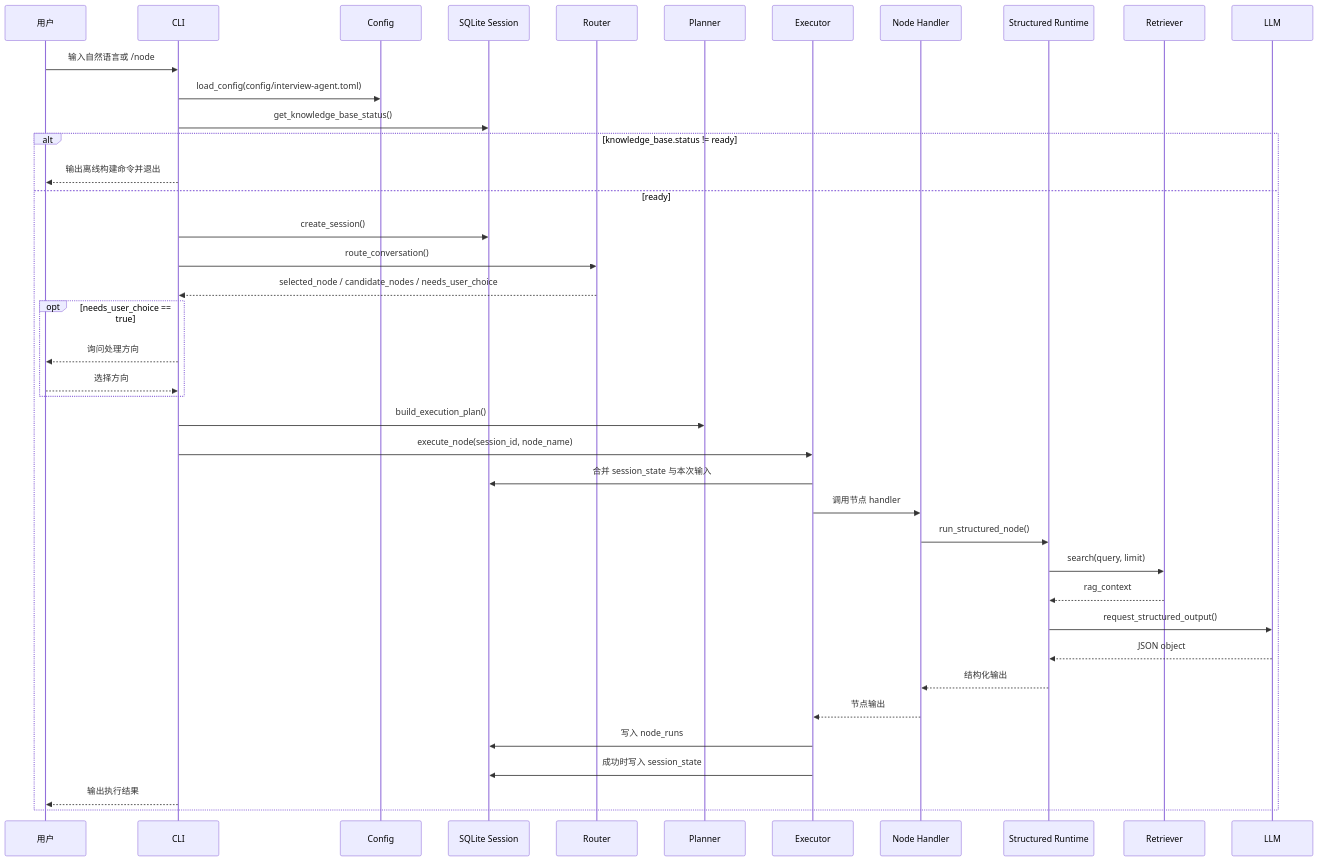
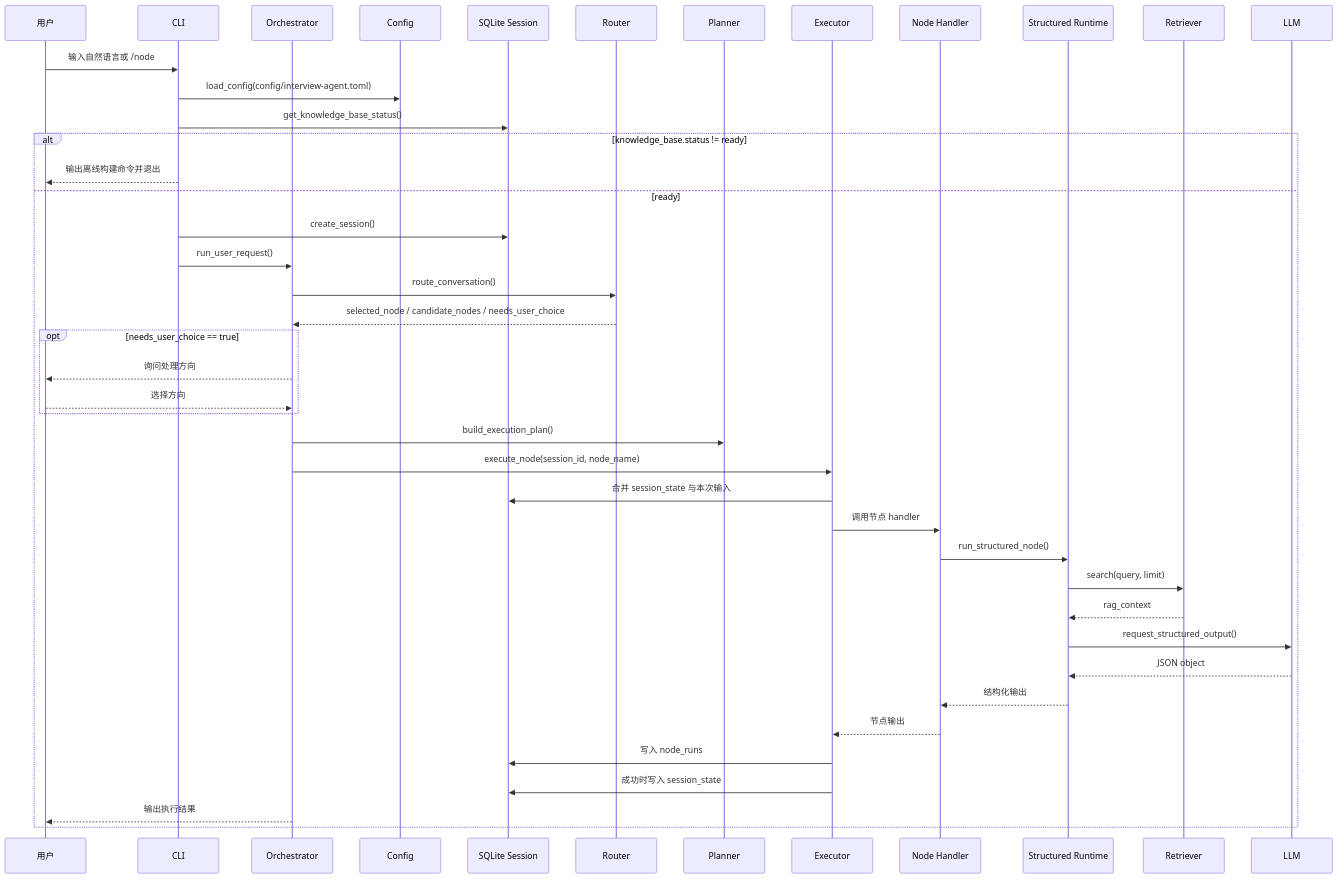
One commit to kaomianjin2/resume-agent changed the second of 4 diagrams in docs/architecture.md. Above: the diagram before and after it, drawn with Mermaid. The commit also changed other lines of this file and 4 other files, not shown here.

````diff
--- a/docs/architecture.md
+++ b/docs/architecture.md
@@ -55,43 +58,45 @@
 ```mermaid
 sequenceDiagram
     participant U as 用户
     participant CLI as CLI
+    participant O as Orchestrator
     participant C as Config
     participant S as SQLite Session
     participant R as Router
     participant P as Planner
     participant E as Executor
     participant N as Node Handler
     participant A as Structured Runtime
     participant K as Retriever
     participant L as LLM
 
     U->>CLI: 输入自然语言或 /node
     CLI->>C: load_config(config/interview-agent.toml)
     CLI->>S: get_knowledge_base_status()
     alt knowledge_base.status != ready
         CLI-->>U: 输出离线构建命令并退出
     else ready
         CLI->>S: create_session()
-        CLI->>R: route_conversation()
-        R-->>CLI: selected_node / candidate_nodes / needs_user_choice
+        CLI->>O: run_user_request()
+        O->>R: route_conversation()
+        R-->>O: selected_node / candidate_nodes / needs_user_choice
         opt needs_user_choice == true
-            CLI-->>U: 询问处理方向
-            U-->>CLI: 选择方向
+            O-->>U: 询问处理方向
+            U-->>O: 选择方向
         end
-        CLI->>P: build_execution_plan()
-        CLI->>E: execute_node(session_id, node_name)
+        O->>P: build_execution_plan()
+        O->>E: execute_node(session_id, node_name)
         E->>S: 合并 session_state 与本次输入
         E->>N: 调用节点 handler
         N->>A: run_structured_node()
         A->>K: search(query, limit)
         K-->>A: rag_context
         A->>L: request_structured_output()
         L-->>A: JSON object
         A-->>N: 结构化输出
         N-->>E: 节点输出
         E->>S: 写入 node_runs
         E->>S: 成功时写入 session_state
-        CLI-->>U: 输出执行结果
+        O-->>U: 输出执行结果
     end
 ```
````
